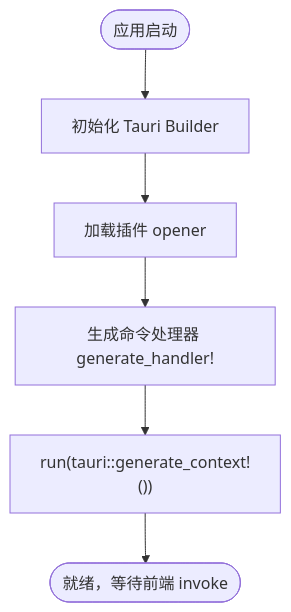
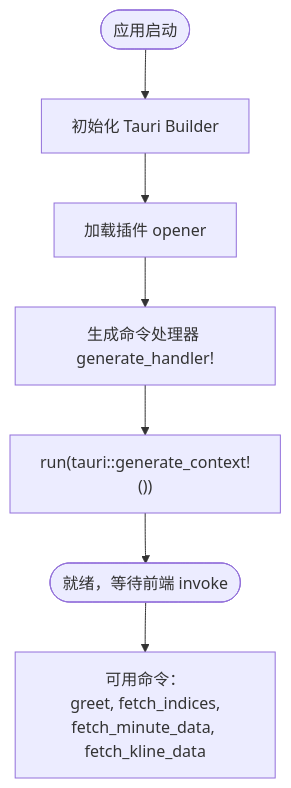
The third of 7 diagrams in .qoder/repowiki/zh/content/后端开发/Tauri命令接口.md (jiashaoying/hq-kanban-app), drawn with Mermaid before and after one commit. The commit also changed other lines of this file and 7 other files, not shown here.

````diff
--- a/.qoder/repowiki/zh/content/后端开发/Tauri命令接口.md
+++ b/.qoder/repowiki/zh/content/后端开发/Tauri命令接口.md
@@ -140,8 +253,9 @@
 ```mermaid
 flowchart TD
 Start(["应用启动"]) --> Init["初始化 Tauri Builder"]
 Init --> Plugin["加载插件 opener"]
 Plugin --> Handler["生成命令处理器 generate_handler!"]
 Handler --> Run["run(tauri::generate_context!())"]
 Run --> Ready(["就绪，等待前端 invoke"])
+Ready --> Commands["可用命令：<br/>greet, fetch_indices,<br/>fetch_minute_data, fetch_kline_data"]
 ```
````
